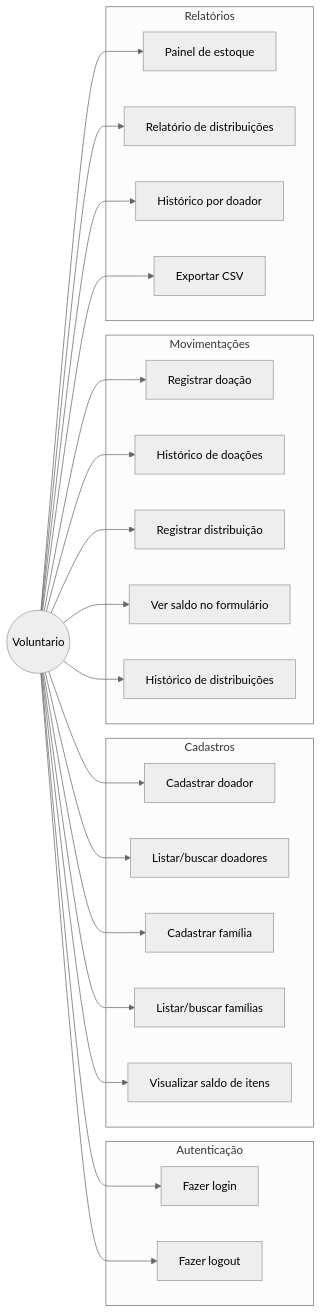
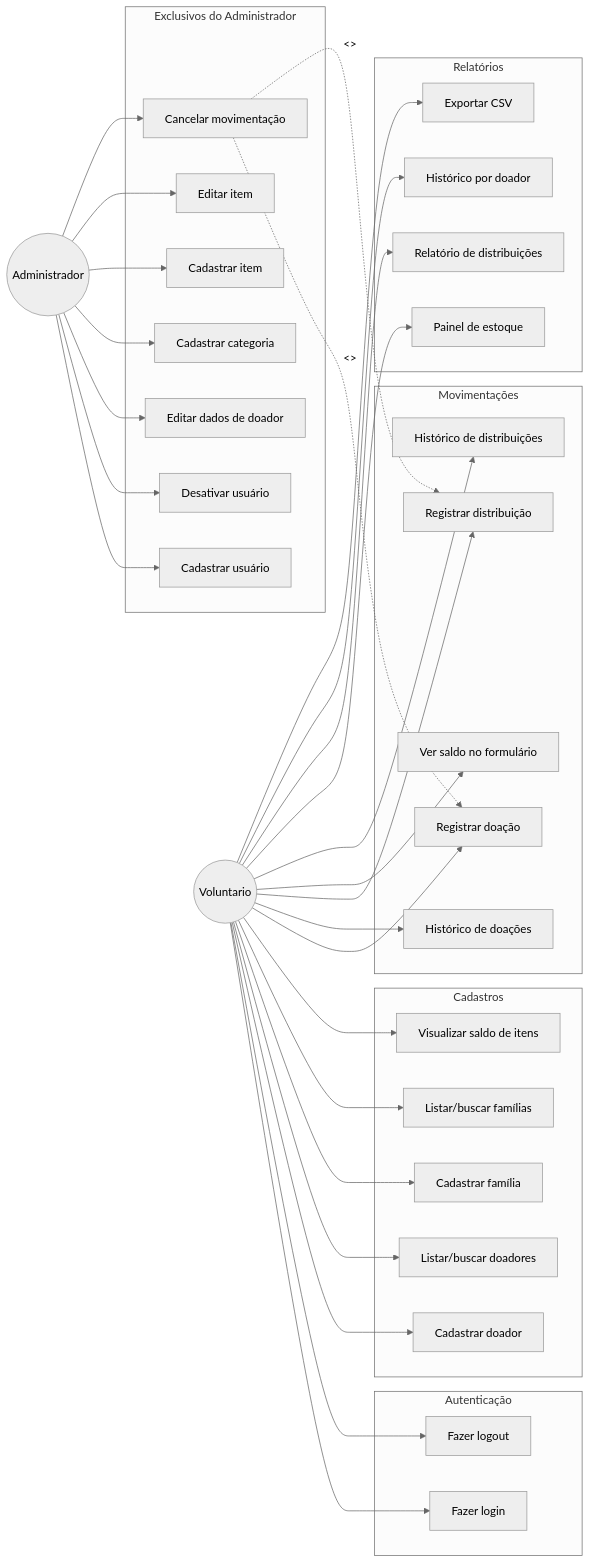
One commit to Antonio-pf/projeto-eng-soft changed the first of 2 diagrams in docs/uml.md. Above: the diagram before and after it, drawn with Mermaid (neutral theme). The commit also changed other lines of this file and 12 other files, not shown here.

````diff
--- a/docs/uml.md
+++ b/docs/uml.md
@@ -22,37 +12,53 @@
 ```mermaid
 flowchart LR
   Voluntario((Voluntario))
+  Administrador((Administrador))
 
   subgraph auth["Autenticação"]
     UC1[Fazer login]
     UC2[Fazer logout]
   end
 
   subgraph cad["Cadastros"]
     UC5[Cadastrar doador]
     UC6[Listar/buscar doadores]
     UC8[Cadastrar família]
     UC9[Listar/buscar famílias]
     UC12[Visualizar saldo de itens]
   end
 
   subgraph mov["Movimentações"]
     UC14[Registrar doação]
     UC15[Histórico de doações]
     UC16[Registrar distribuição]
     UC17[Ver saldo no formulário]
     UC18[Histórico de distribuições]
   end
 
   subgraph rel["Relatórios"]
     UC20[Painel de estoque]
     UC21[Relatório de distribuições]
     UC22[Histórico por doador]
     UC23[Exportar CSV]
   end
 
+  subgraph excl["Exclusivos do Administrador"]
+    UC3[Cadastrar usuário]
+    UC4[Desativar usuário]
+    UC7[Editar dados de doador]
+    UC10[Cadastrar categoria]
+    UC11[Cadastrar item]
+    UC13[Editar item]
+    UC19[Cancelar movimentação]
+  end
+
   Voluntario --> UC1 & UC2
   Voluntario --> UC5 & UC6 & UC8 & UC9 & UC12
   Voluntario --> UC14 & UC15 & UC16 & UC17 & UC18
   Voluntario --> UC20 & UC21 & UC22 & UC23
+  Administrador --> UC3 & UC4
+  Administrador --> UC7 & UC10 & UC11 & UC13
+  Administrador --> UC19
+  UC19 -. "<<extend>>" .-> UC14
+  UC19 -. "<<extend>>" .-> UC16
 ```
````
